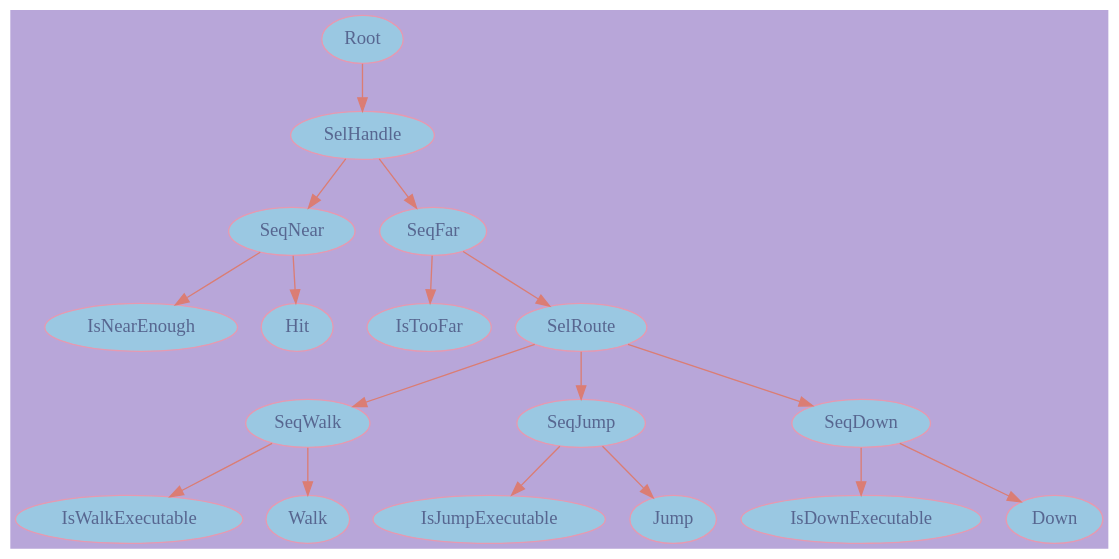
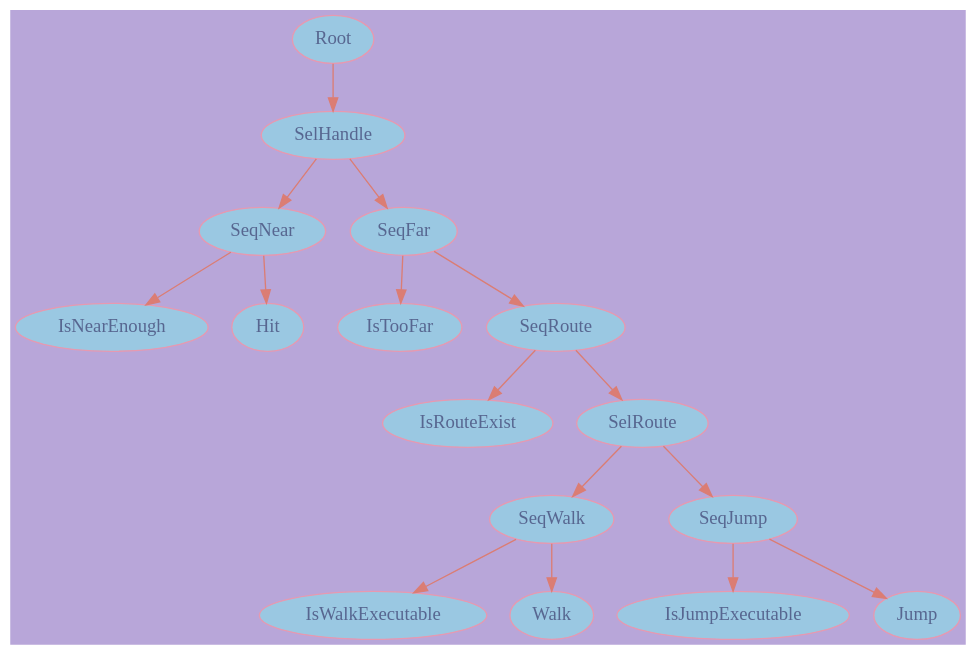
The diagram in DecisionTree.dot (tsssni/emoji-game), drawn with Graphviz before and after one commit. The commit also changed 13 other files, not shown here.

Commit message:
add graph search for attack route

```diff
--- a/DecisionTree.dot
+++ b/DecisionTree.dot
@@ -1,34 +1,33 @@
 digraph DecisionTree{
 bgcolor="#b8a6d9"
 
 node[color="#e799b0"]
 node[fillcolor="#9ac8e2",style="radial"]
 node[fontcolor="#576690"]
 node[fontname="Bahnschrift"]
 
 edge[color="#db7d74"]
 
 Root->SelHandle;
 
 
 SelHandle->SeqNear
 SeqNear->IsNearEnough
 SeqNear->Hit
 
 SelHandle->SeqFar
 SeqFar->IsTooFar
-SeqFar->SelRoute
+SeqFar->SeqRoute
+
+SeqRoute->IsRouteExist
+SeqRoute->SelRoute
 
 SelRoute->SeqWalk
 SeqWalk->IsWalkExecutable
 SeqWalk->Walk
 
 SelRoute->SeqJump 
 SeqJump->IsJumpExecutable
 SeqJump->Jump
 
-SelRoute->SeqDown
-SeqDown->IsDownExecutable
-SeqDown->Down
-
 }
```
